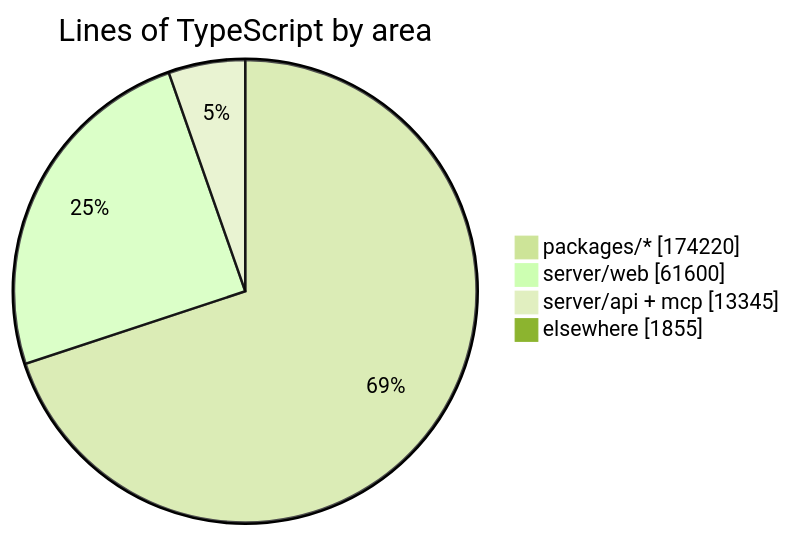
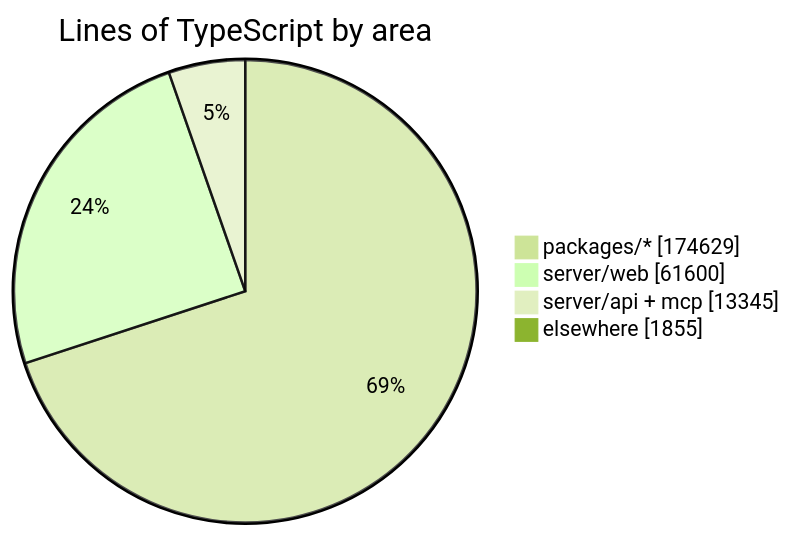
One commit to crossworks-engineering/mantle changed the diagram in README.md. Above: the diagram before and after it, drawn with Mermaid (forest theme). The commit also changed other lines of this file and 2 other files, not shown here.

````diff
--- a/README.md
+++ b/README.md
@@ -279,7 +279,7 @@
 ```mermaid
 pie showData title Lines of TypeScript by area
-    "packages/*" : 174220
+    "packages/*" : 174629
     "server/web" : 61600
     "server/api + mcp" : 13345
     "elsewhere" : 1855
 ```
````
